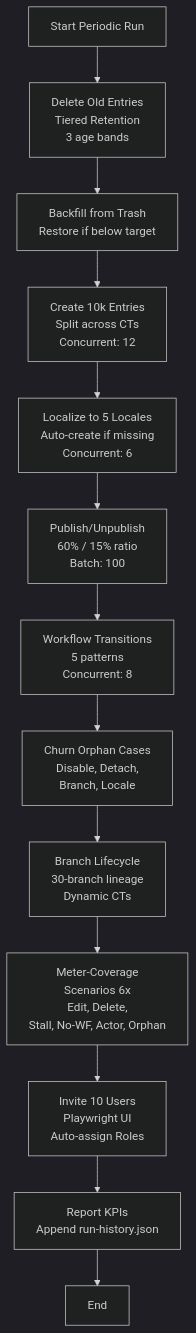
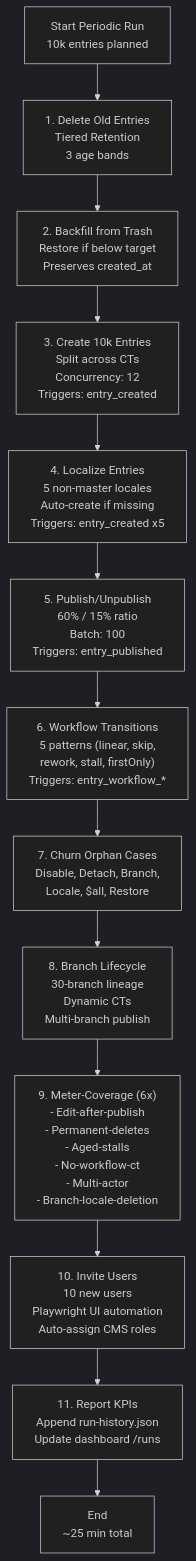
Before and after one commit to DiveshKumarChordia/contentstack-analytics-automation-lab: the third of 4 diagrams in README.md, drawn with Mermaid (dark theme). The commit also changed other lines of this file, not shown here.

````diff
--- a/README.md
+++ b/README.md
@@ -101,30 +360,37 @@
 ```mermaid
 graph TD
-    START["Start Periodic Run"]
+    START["Start Periodic Run<br/>10k entries planned"]
     
-    DELETE["Delete Old Entries<br/>Tiered Retention<br/>3 age bands"]
-    BACKFILL["Backfill from Trash<br/>Restore if below target"]
-    CREATE["Create 10k Entries<br/>Split across CTs<br/>Concurrent: 12"]
-    LOCALIZE["Localize to 5 Locales<br/>Auto-create if missing<br/>Concurrent: 6"]
-    PUBLISH["Publish/Unpublish<br/>60% / 15% ratio<br/>Batch: 100"]
-    TRANSITION["Workflow Transitions<br/>5 patterns<br/>Concurrent: 8"]
-    CHURN["Churn Orphan Cases<br/>Disable, Detach,<br/>Branch, Locale"]
-    BRANCH["Branch Lifecycle<br/>30-branch lineage<br/>Dynamic CTs"]
-    METER["Meter-Coverage<br/>Scenarios 6x<br/>Edit, Delete,<br/>Stall, No-WF, Actor, Orphan"]
-    INVITE["Invite 10 Users<br/>Playwright UI<br/>Auto-assign Roles"]
-    REPORT["Report KPIs<br/>Append run-history.json"]
-    END["End"]
+    DEL["1. Delete Old Entries<br/>Tiered Retention<br/>3 age bands"]
+    BACK["2. Backfill from Trash<br/>Restore if below target<br/>Preserves created_at"]
     
-    START --> DELETE
-    DELETE --> BACKFILL
-    BACKFILL --> CREATE
-    CREATE --> LOCALIZE
-    LOCALIZE --> PUBLISH
-    PUBLISH --> TRANSITION
-    TRANSITION --> CHURN
+    CREATE["3. Create 10k Entries<br/>Split across CTs<br/>Concurrency: 12<br/>Triggers: entry_created"]
+    LOCALE["4. Localize Entries<br/>5 non-master locales<br/>Auto-create if missing<br/>Triggers: entry_created x5"]
+    
+    PUBLISH["5. Publish/Unpublish<br/>60% / 15% ratio<br/>Batch: 100<br/>Triggers: entry_published"]
+    TRANS["6. Workflow Transitions<br/>5 patterns (linear, skip,<br/>rework, stall, firstOnly)<br/>Triggers: entry_workflow_*"]
+    
+    CHURN["7. Churn Orphan Cases<br/>Disable, Detach, Branch,<br/>Locale, $all, Restore"]
+    BRANCH["8. Branch Lifecycle<br/>30-branch lineage<br/>Dynamic CTs<br/>Multi-branch publish"]
+    
+    METER["9. Meter-Coverage (6x)<br/>- Edit-after-publish<br/>- Permanent-deletes<br/>- Aged-stalls<br/>- No-workflow-ct<br/>- Multi-actor<br/>- Branch-locale-deletion"]
+    
+    INVITE["10. Invite Users<br/>10 new users<br/>Playwright UI automation<br/>Auto-assign CMS roles"]
+    
+    REPORT["11. Report KPIs<br/>Append run-history.json<br/>Update dashboard /runs"]
+    
+    END["End<br/>~25 min total"]
+    
+    START --> DEL
+    DEL --> BACK
+    BACK --> CREATE
+    CREATE --> LOCALE
+    LOCALE --> PUBLISH
+    PUBLISH --> TRANS
+    TRANS --> CHURN
     CHURN --> BRANCH
     BRANCH --> METER
     METER --> INVITE
     INVITE --> REPORT
     REPORT --> END
 ```
````
